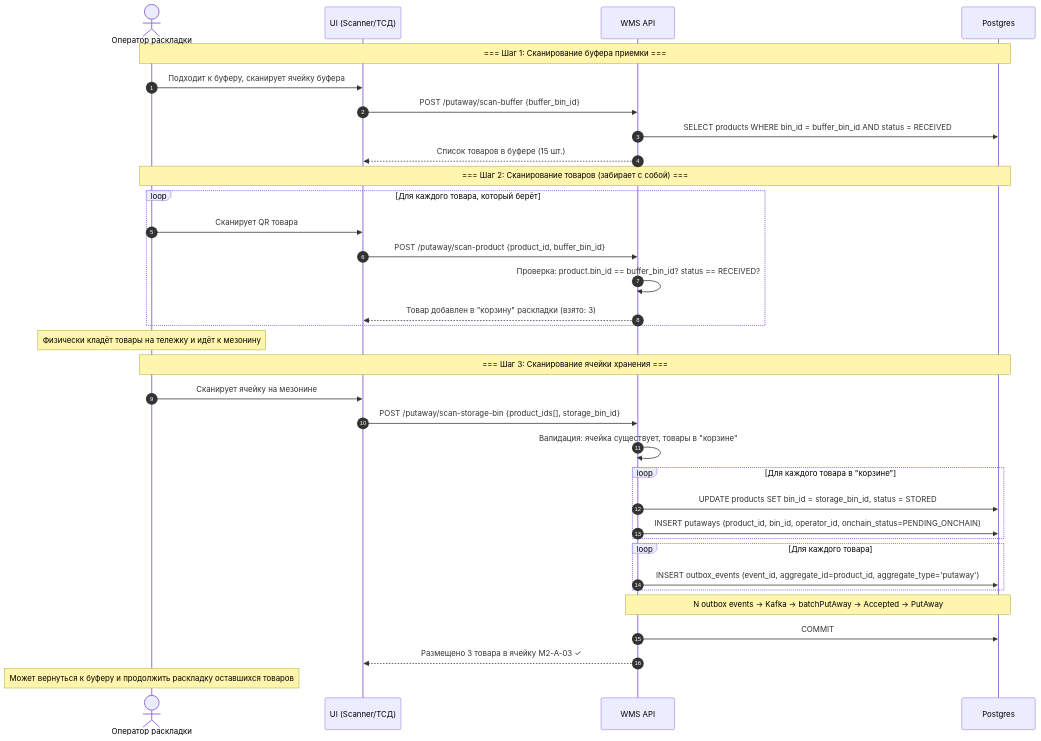
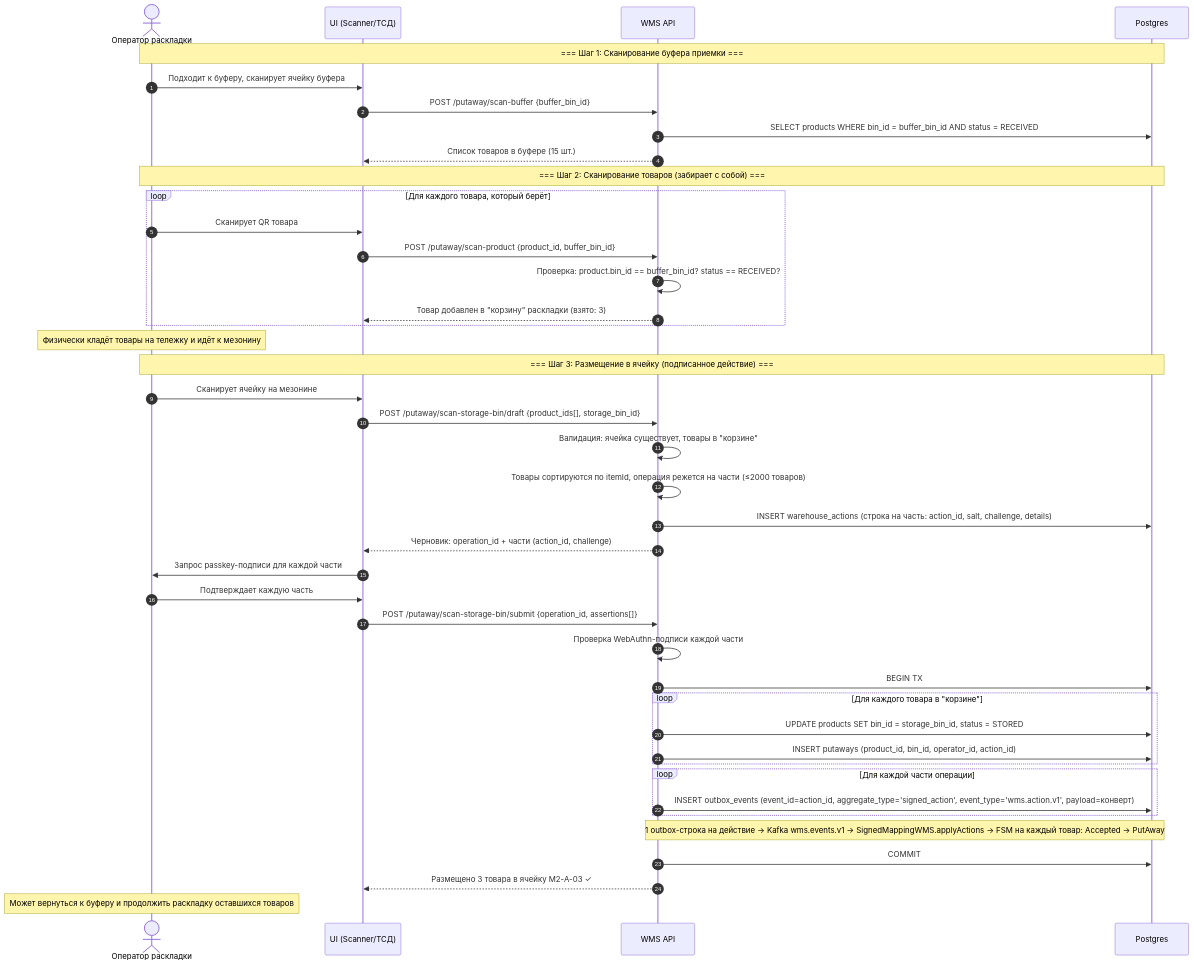
Before and after one commit to oglenyaboss/avalanche-wms: the first of 4 diagrams in docs/flows/putaway-flow.md, drawn with Mermaid. The commit also changed other lines of this file and 10 other files, not shown here.

````diff
--- a/docs/flows/putaway-flow.md
+++ b/docs/flows/putaway-flow.md
@@ -11,43 +13,51 @@
 ```mermaid
 sequenceDiagram
     autonumber
     actor Op as Оператор раскладки
     participant UI as UI (Scanner/ТСД)
     participant WMS as WMS API
     participant PG as Postgres
 
     Note over Op,PG: === Шаг 1: Сканирование буфера приемки ===
     Op->>UI: Подходит к буферу, сканирует ячейку буфера
     UI->>WMS: POST /putaway/scan-buffer {buffer_bin_id}
     WMS->>PG: SELECT products WHERE bin_id = buffer_bin_id AND status = RECEIVED
     WMS-->>UI: Список товаров в буфере (15 шт.)
 
     Note over Op,PG: === Шаг 2: Сканирование товаров (забирает с собой) ===
     loop Для каждого товара, который берёт
         Op->>UI: Сканирует QR товара
         UI->>WMS: POST /putaway/scan-product {product_id, buffer_bin_id}
         WMS->>WMS: Проверка: product.bin_id == buffer_bin_id? status == RECEIVED?
         WMS-->>UI: Товар добавлен в "корзину" раскладки (взято: 3)
     end
 
     Note over Op: Физически кладёт товары на тележку и идёт к мезонину
 
-    Note over Op,PG: === Шаг 3: Сканирование ячейки хранения ===
+    Note over Op,PG: === Шаг 3: Размещение в ячейку (подписанное действие) ===
     Op->>UI: Сканирует ячейку на мезонине
-    UI->>WMS: POST /putaway/scan-storage-bin {product_ids[], storage_bin_id}
+    UI->>WMS: POST /putaway/scan-storage-bin/draft {product_ids[], storage_bin_id}
     WMS->>WMS: Валидация: ячейка существует, товары в "корзине"
+    WMS->>WMS: Товары сортируются по itemId, операция режется на части (≤2000 товаров)
+    WMS->>PG: INSERT warehouse_actions (строка на часть: action_id, salt, challenge, details)
+    WMS-->>UI: Черновик: operation_id + части (action_id, challenge)
+    UI->>Op: Запрос passkey-подписи для каждой части
+    Op->>UI: Подтверждает каждую часть
+    UI->>WMS: POST /putaway/scan-storage-bin/submit {operation_id, assertions[]}
+    WMS->>WMS: Проверка WebAuthn-подписи каждой части
+    WMS->>PG: BEGIN TX
 
     loop Для каждого товара в "корзине"
         WMS->>PG: UPDATE products SET bin_id = storage_bin_id, status = STORED
-        WMS->>PG: INSERT putaways (product_id, bin_id, operator_id, onchain_status=PENDING_ONCHAIN)
+        WMS->>PG: INSERT putaways (product_id, bin_id, operator_id, action_id)
     end
 
-    loop Для каждого товара
-        WMS->>PG: INSERT outbox_events (event_id, aggregate_id=product_id, aggregate_type='putaway')
+    loop Для каждой части операции
+        WMS->>PG: INSERT outbox_events (event_id=action_id, aggregate_type='signed_action', event_type='wms.action.v1', payload=конверт)
     end
-    Note over WMS,PG: N outbox events → Kafka → batchPutAway → Accepted → PutAway
+    Note over WMS,PG: 1 outbox-строка на действие → Kafka wms.events.v1 → SignedMappingWMS.applyActions → FSM на каждый товар: Accepted → PutAway
     WMS->>PG: COMMIT
     WMS-->>UI: Размещено 3 товара в ячейку M2-A-03 ✓
 
     Note over Op: Может вернуться к буферу и продолжить раскладку оставшихся товаров
 ```
````
